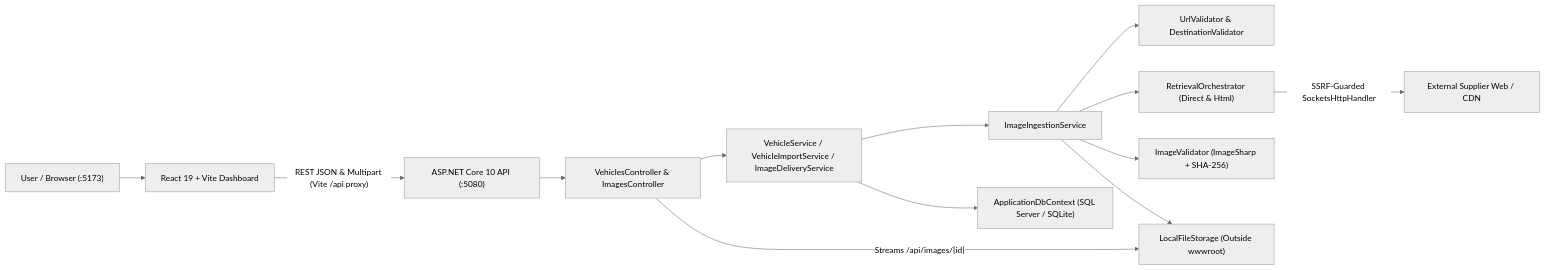
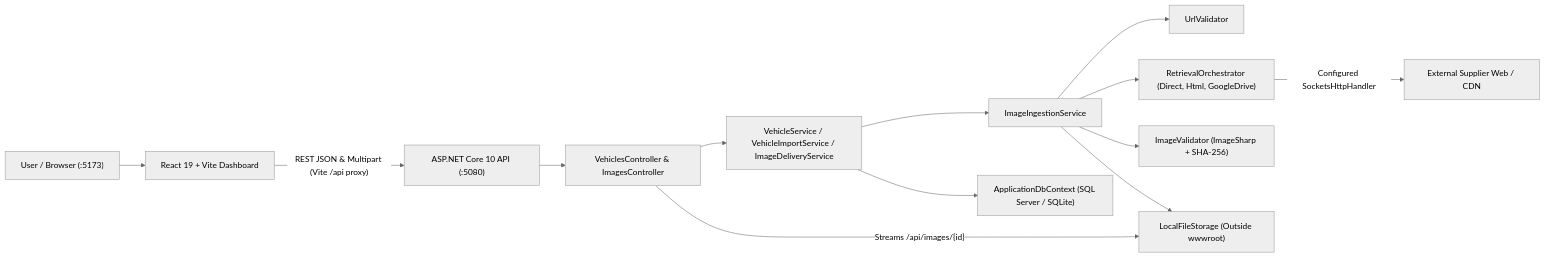
One commit to Suhas2609/URL-to-Image changed the first of 20 diagrams in docs/project-learning/01-complete-architecture-and-learning-guide.md. Above: the diagram before and after it, drawn with Mermaid (neutral theme). The commit also changed other lines of this file and 26 other files, not shown here.

Commit message:
refactor(security): simplify URL validation and align test suite and learning docs

````diff
--- a/docs/project-learning/01-complete-architecture-and-learning-guide.md
+++ b/docs/project-learning/01-complete-architecture-and-learning-guide.md
@@ -240,15 +239,15 @@
 ```mermaid
 flowchart LR
     User["User / Browser (:5173)"] --> ReactApp["React 19 + Vite Dashboard"]
     ReactApp -->|"REST JSON & Multipart (Vite /api proxy)"| Api["ASP.NET Core 10 API (:5080)"]
     Api --> Controllers["VehiclesController & ImagesController"]
     Controllers --> CoreServices["VehicleService / VehicleImportService / ImageDeliveryService"]
     CoreServices --> Ingestion["ImageIngestionService"]
-    Ingestion --> Security["UrlValidator & DestinationValidator"]
-    Ingestion --> Retrieval["RetrievalOrchestrator (Direct & Html)"]
-    Retrieval -->|"SSRF-Guarded SocketsHttpHandler"| Suppliers["External Supplier Web / CDN"]
+    Ingestion --> Security["UrlValidator"]
+    Ingestion --> Retrieval["RetrievalOrchestrator (Direct, Html, GoogleDrive)"]
+    Retrieval -->|"Configured SocketsHttpHandler"| Suppliers["External Supplier Web / CDN"]
     Ingestion --> Validator["ImageValidator (ImageSharp + SHA-256)"]
     Ingestion --> Storage["LocalFileStorage (Outside wwwroot)"]
     CoreServices --> Db["ApplicationDbContext (SQL Server / SQLite)"]
     Controllers -->|"Streams /api/images/{id}"| Storage
 ```
````
